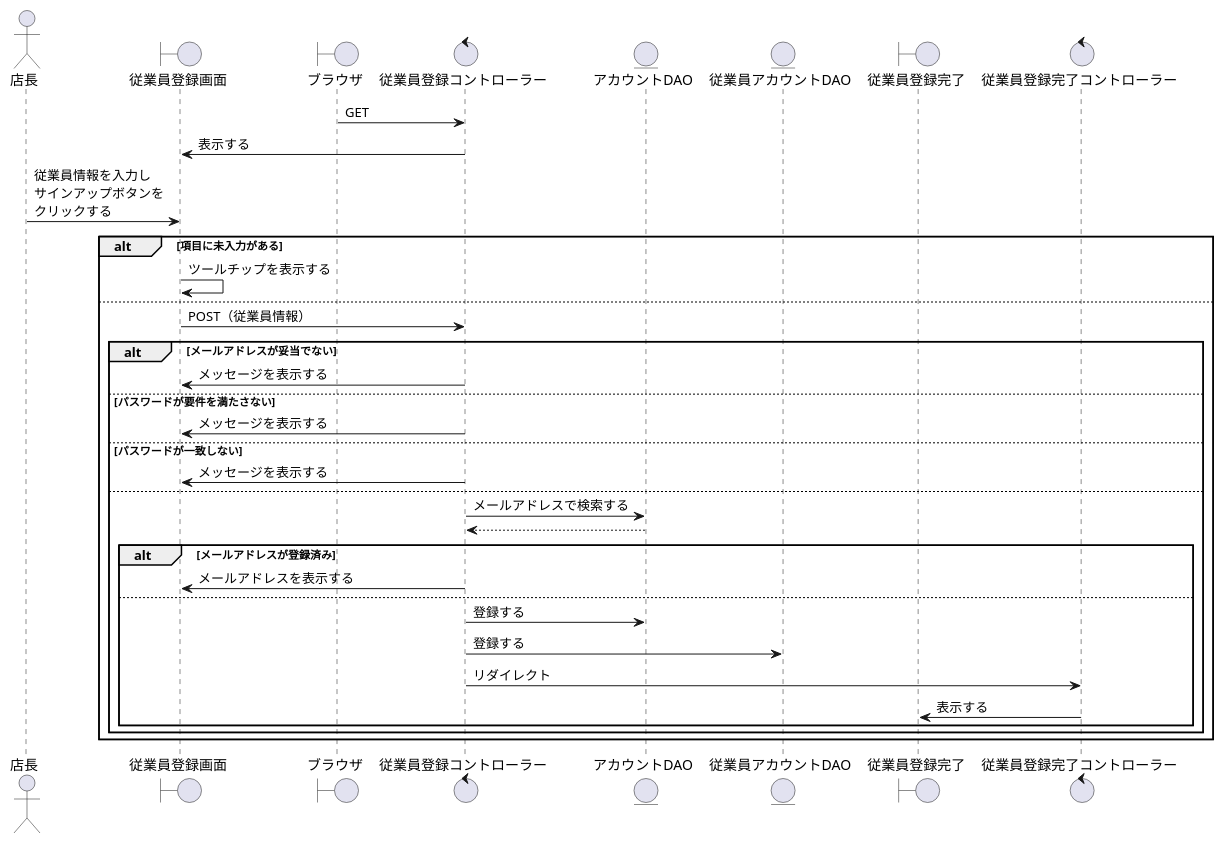
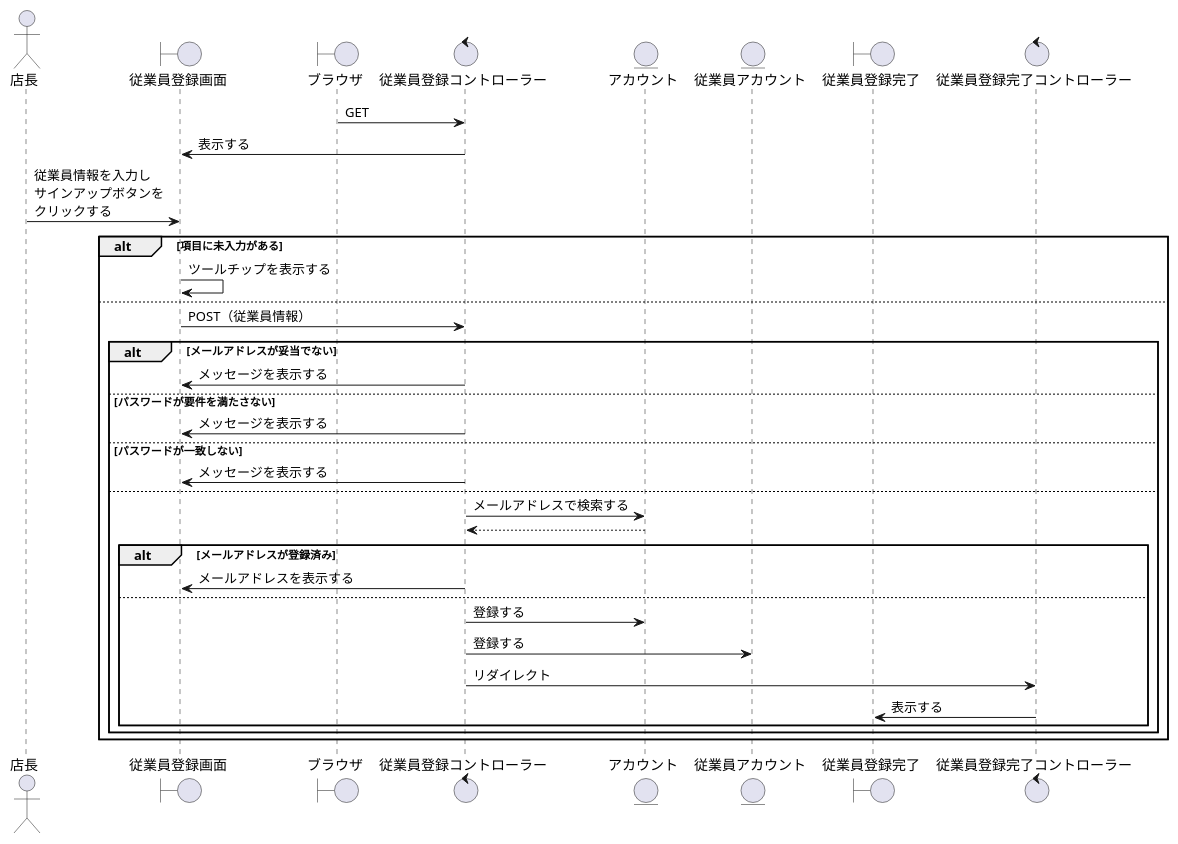
The diagram in BBショップ/従業員登録.wsd (ysyk-wtnb16/team_D), drawn with PlantUML before and after one commit. The commit also changed 3 other files, not shown here.

```diff
--- a/BBショップ/従業員登録.wsd
+++ b/BBショップ/従業員登録.wsd
@@ -1,51 +1,51 @@
 @startuml jsingup
 ' ①縦軸の並び順を決める
 actor "店長" as act
 boundary "従業員登録画面" as jtb
 ' コントローラーに初回アクセスするもの
 boundary "ブラウザ" as brz
 ' コントローラーまたはビューの名称を決める
 control "従業員登録コントローラー" as jtc
 ' DAOまたはモデルとなる
-entity "アカウントDAO" as account
-entity "従業員アカウントDAO" as jaccount
+entity "アカウント" as account
+entity "従業員アカウント" as jaccount
 
 boundary "従業員登録完了" as jkb
 control "従業員登録完了コントローラー" as jkc
 
 ' ②手順を時系列順に記述する
 brz -> jtc: GET
 
 jtb <- jtc:表示する
 
 act -> jtb:従業員情報を入力し\nサインアップボタンを\nクリックする
 
 alt 項目に未入力がある
     ' HTMLで行うことなので自己向き矢印にしている
     jtb -> jtb:ツールチップを表示する
 else
     ' サーバーに送信する
     ' どんなデータを送信するのかを記述
     jtb -> jtc: POST（従業員情報）
     
     alt メールアドレスが妥当でない
         jtb <- jtc: メッセージを表示する
     else パスワードが要件を満たさない
         jtb <- jtc: メッセージを表示する
     else パスワードが一致しない
         jtb <- jtc: メッセージを表示する
     else 
         jtc -> account: メールアドレスで検索する
         jtc <-- account
         alt メールアドレスが登録済み
             jtb <- jtc: メールアドレスを表示する
         else
             jtc -> account: 登録する
             jtc -> jaccount: 登録する
 
             jtc -> jkc: リダイレクト
             jkb <- jkc:表示する
         end
     end
 end
 @enduml
```
